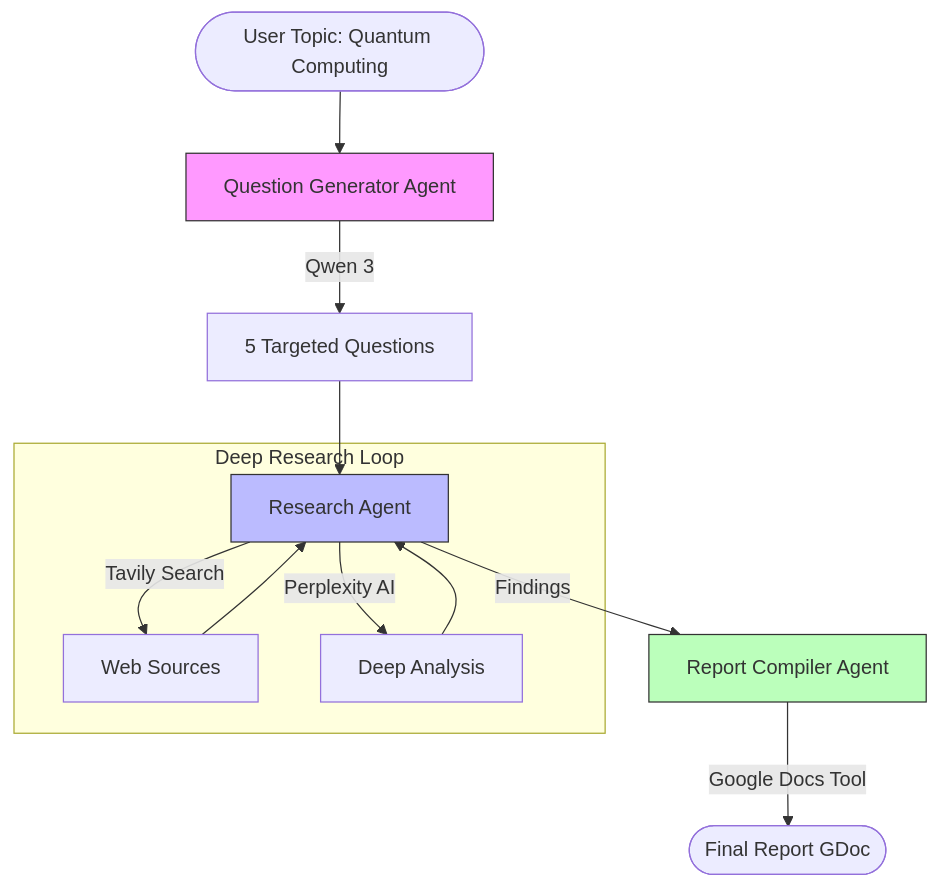
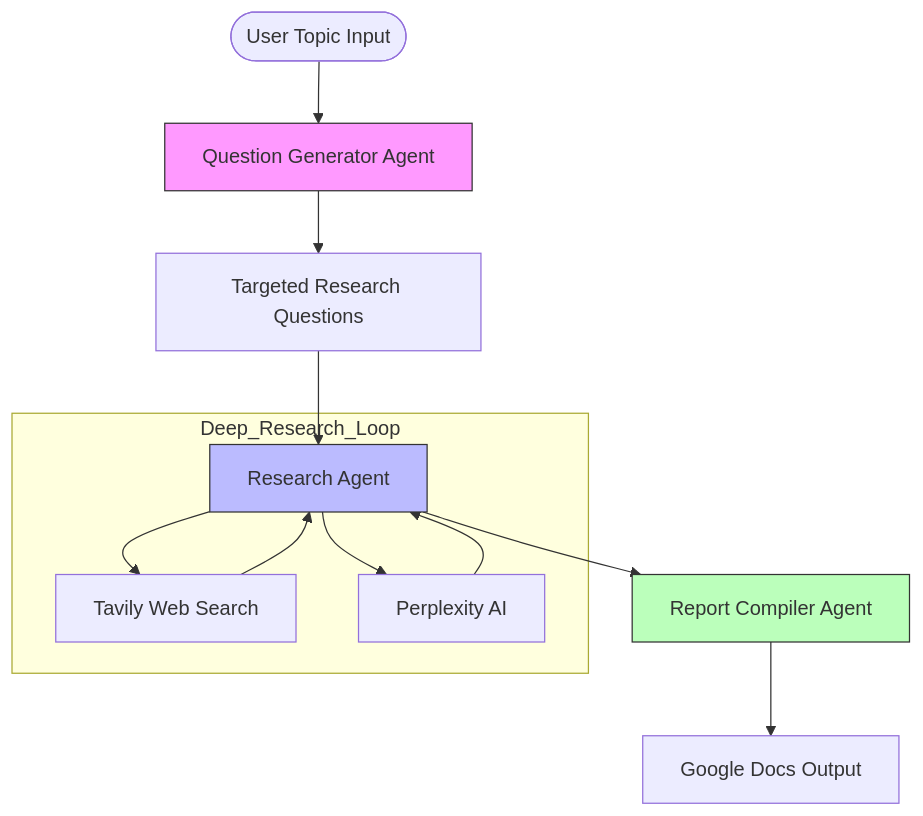
The diagram in deep_research_agent/README.md (Hazbilal3/ai_agent), drawn with Mermaid before and after one commit. The commit also changed other lines of this file, not shown here.

`````diff
--- a/deep_research_agent/README.md
+++ b/deep_research_agent/README.md
@@ -15,20 +19,20 @@
 ```mermaid
 graph TD
-    User([User Topic: Quantum Computing]) --> Generator[Question Generator Agent]
-    Generator -- Qwen 3 --> Questions[5 Targeted Questions]
+    User([User Topic Input]) --> Generator[Question Generator Agent]
+    Generator --> Questions[Targeted Research Questions]
     Questions --> Researcher[Research Agent]
-    
-    subgraph "Deep Research Loop"
-    Researcher -- Tavily Search --> Web[Web Sources]
-    Researcher -- Perplexity AI --> Analysis[Deep Analysis]
-    Web --> Researcher
-    Analysis --> Researcher
+
+    subgraph Deep_Research_Loop
+        Researcher --> Tavily[Tavily Web Search]
+        Researcher --> Perplexity[Perplexity AI]
+        Tavily --> Researcher
+        Perplexity --> Researcher
     end
-    
-    Researcher -- Findings --> Compiler[Report Compiler Agent]
-    Compiler -- Google Docs Tool --> Doc([Final Report GDoc])
-    
+
+    Researcher --> Compiler[Report Compiler Agent]
+    Compiler --> GoogleDocs[Google Docs Output]
+
     style Generator fill:#f9f,stroke:#333
     style Researcher fill:#bbf,stroke:#333
     style Compiler fill:#bfb,stroke:#333
-```
+````
`````
